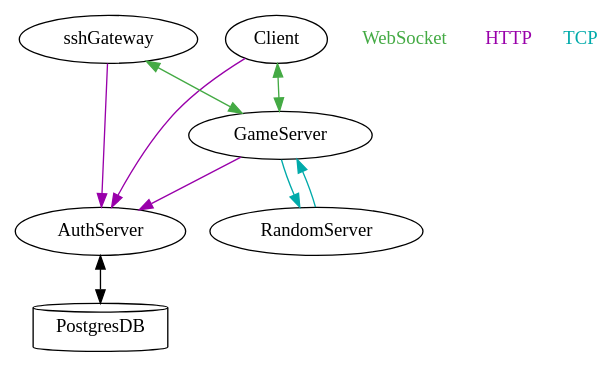
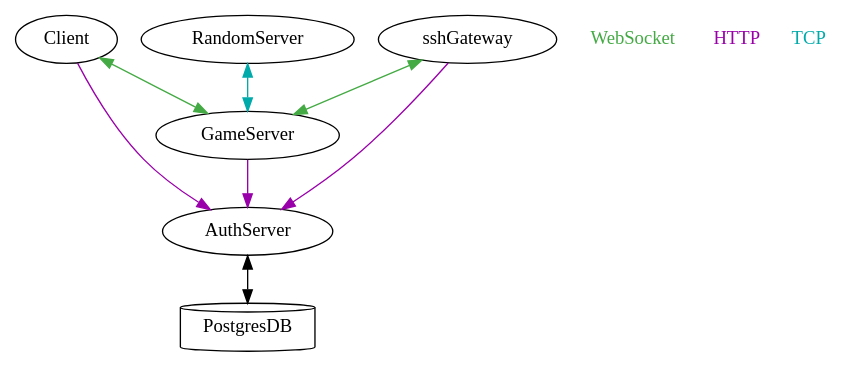
Before and after one commit to cgsdev0/rollycubes: the diagram in system.dot, drawn with Graphviz.

Commit message:
fix two-way arrow in graphviz

```diff
--- a/system.dot
+++ b/system.dot
@@ -1,14 +1,13 @@
 digraph {
   GameServer -> AuthServer [color="#9900aa"]
-  GameServer -> RandomServer [color="#00aaaa"]
-  RandomServer -> GameServer [color="#00aaaa"]
+  RandomServer -> GameServer [dir="both", color="#00aaaa"]
   Client -> GameServer [dir="both", color="#44aa44"] 
   Client -> AuthServer [color="#9900aa"]
   PostgresDB [shape="cylinder"]
   AuthServer -> PostgresDB [dir="both"]
   WebSocket [fontcolor="#44aa44", shape=plain]
   HTTP [fontcolor="#9900aa", shape=plain]
   TCP [fontcolor="#00aaaa", shape=plain]
   sshGateway -> GameServer [dir="both", color="#44aa44"]
   sshGateway -> AuthServer [color="#9900aa"]
 }
```
